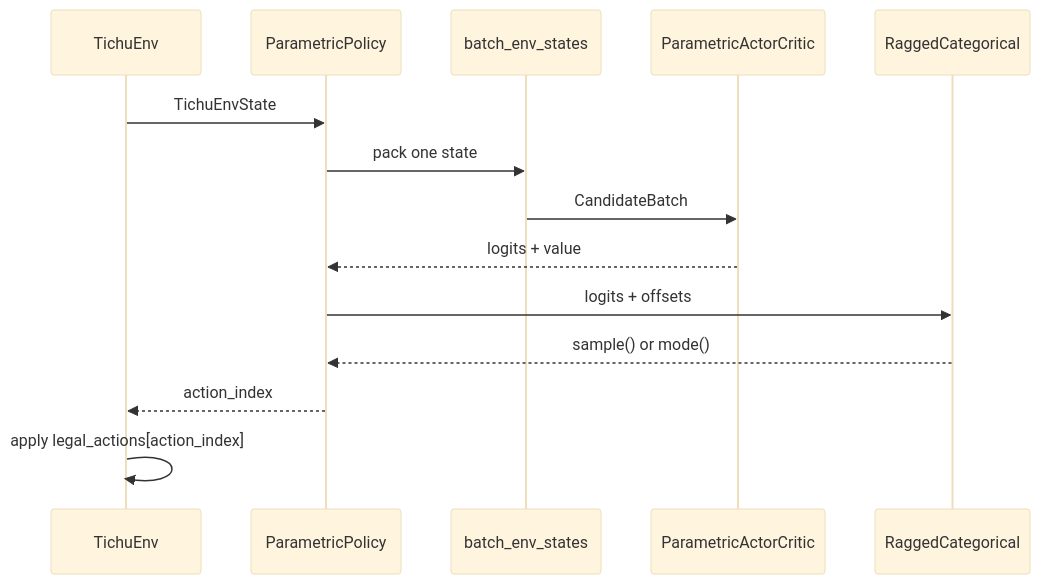
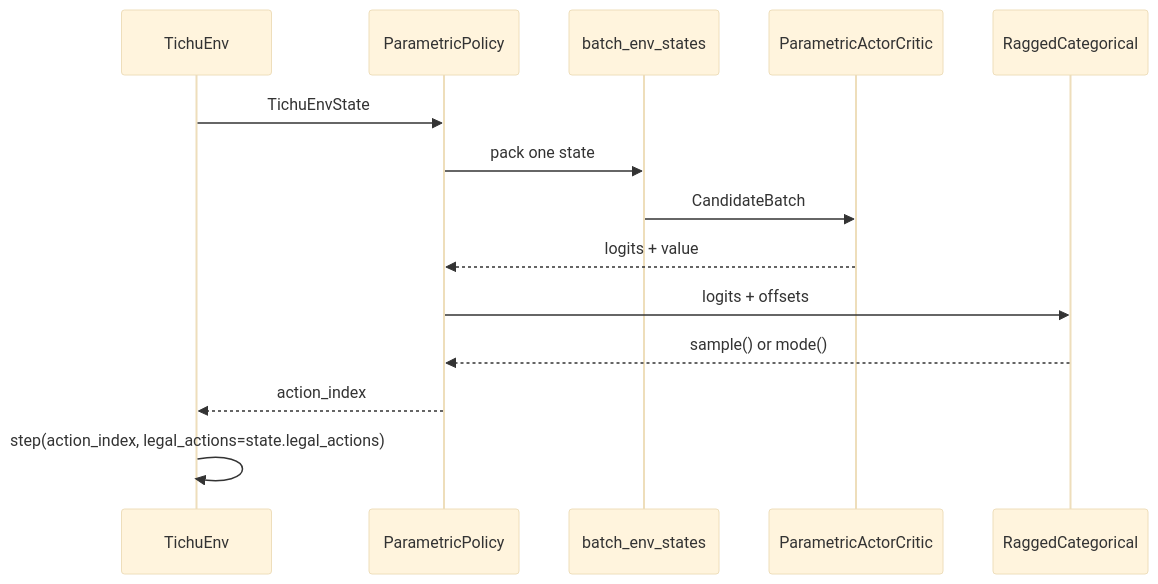
Before and after one commit to wemaxon/tichu-agent: the fourth of 7 diagrams in docs/ml_architecture.md, drawn with Mermaid (base theme). The commit also changed other lines of this file and 1 other file, not shown here.

````diff
--- a/docs/ml_architecture.md
+++ b/docs/ml_architecture.md
@@ -220,17 +246,17 @@
 ```mermaid
 sequenceDiagram
     participant Env as TichuEnv
     participant Policy as ParametricPolicy
     participant Batch as batch_env_states
     participant Model as ParametricActorCritic
     participant Dist as RaggedCategorical
 
     Env->>Policy: TichuEnvState
     Policy->>Batch: pack one state
     Batch->>Model: CandidateBatch
     Model-->>Policy: logits + value
     Policy->>Dist: logits + offsets
     Dist-->>Policy: sample() or mode()
     Policy-->>Env: action_index
-    Env->>Env: apply legal_actions[action_index]
+    Env->>Env: step(action_index, legal_actions=state.legal_actions)
 ```
````
